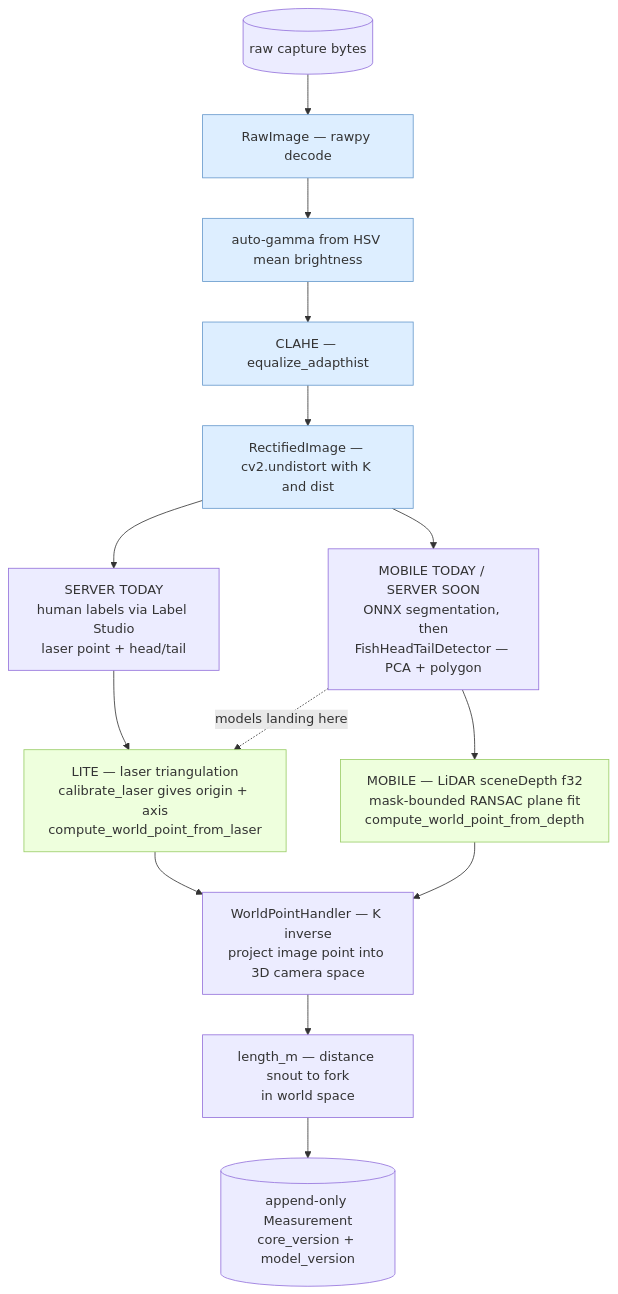
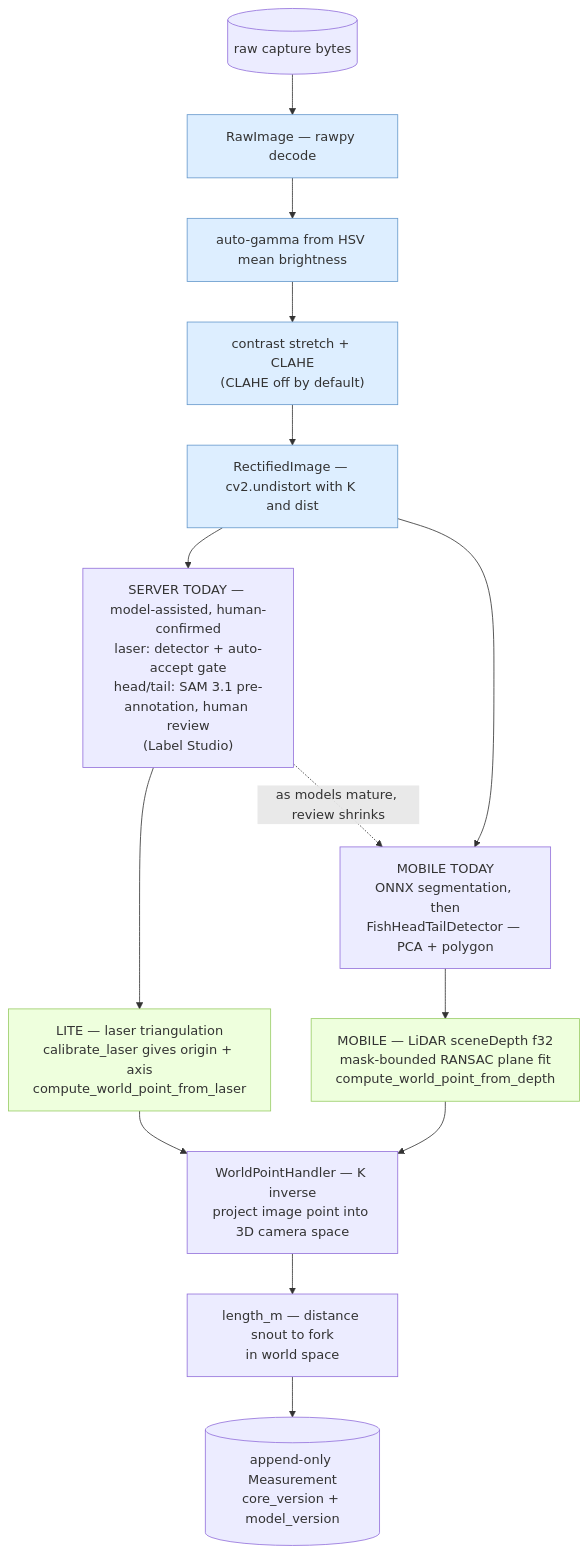
The ninth of 9 diagrams in DIAGRAMS.md (UCSD-E4E/fishsense-services), drawn with Mermaid before and after one commit. The commit also changed other lines of this file and 1 other file, not shown here.

First line of the commit message:
docs: refresh v2 plan against fishsense-lite HEAD and the research repos

````diff
--- a/DIAGRAMS.md
+++ b/DIAGRAMS.md
@@ -455,34 +516,34 @@
 ```mermaid
 flowchart TB
     start[("raw capture bytes")]
 
     d1["RawImage — rawpy decode"]
     d2["auto-gamma from HSV mean brightness"]
-    d3["CLAHE — equalize_adapthist"]
+    d3["contrast stretch + CLAHE<br/>(CLAHE off by default)"]
     d4["RectifiedImage — cv2.undistort with K and dist"]
 
-    human["SERVER TODAY<br/>human labels via Label Studio<br/>laser point + head/tail"]
-    ml["MOBILE TODAY / SERVER SOON<br/>ONNX segmentation, then<br/>FishHeadTailDetector — PCA + polygon"]
+    human["SERVER TODAY — model-assisted, human-confirmed<br/>laser: detector + auto-accept gate<br/>head/tail: SAM 3.1 pre-annotation, human review<br/>(Label Studio)"]
+    ml["MOBILE TODAY<br/>ONNX segmentation, then<br/>FishHeadTailDetector — PCA + polygon"]
 
     laser["LITE — laser triangulation<br/>calibrate_laser gives origin + axis<br/>compute_world_point_from_laser"]
     lidar["MOBILE — LiDAR sceneDepth f32<br/>mask-bounded RANSAC plane fit<br/>compute_world_point_from_depth"]
 
     wp["WorldPointHandler — K inverse<br/>project image point into 3D camera space"]
     len["length_m — distance snout to fork<br/>in world space"]
     out[("append-only Measurement<br/>core_version + model_version")]
 
     start --> d1 --> d2 --> d3 --> d4
     d4 --> human
     d4 --> ml
     human --> laser
     ml --> lidar
-    ml -.->|models landing here| laser
+    human -.->|as models mature, review shrinks| ml
     laser --> wp
     lidar --> wp
     wp --> len --> out
 
     classDef pre fill:#def,stroke:#69c
     classDef dev fill:#efd,stroke:#9c6
     class d1,d2,d3,d4 pre
     class laser,lidar dev
 ```
````
